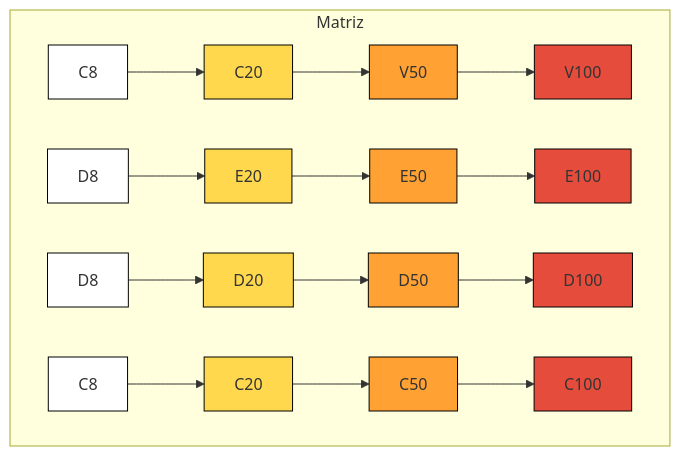
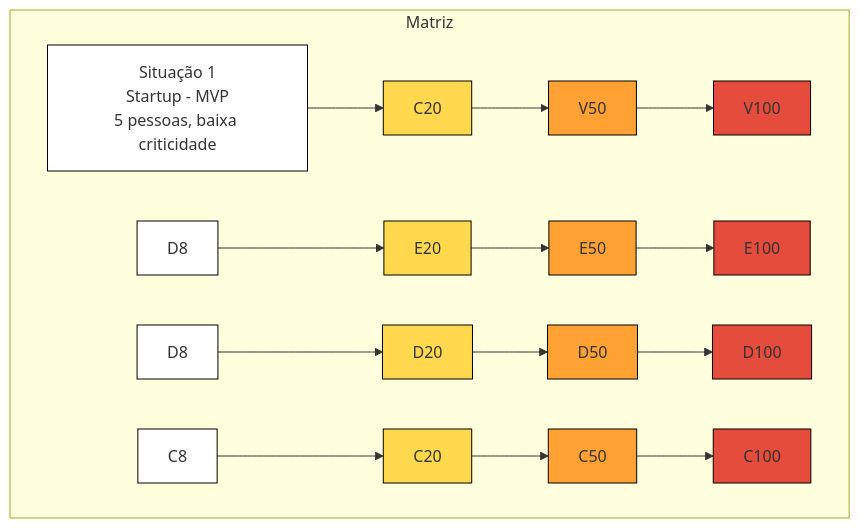
One commit to ramtrigodev/grafico_gant changed the fourth of 5 diagrams in README.md. Above: the diagram before and after it, drawn with Mermaid.

````diff
--- a/README.md
+++ b/README.md
@@ -44,16 +44,16 @@
 ```mermaid
 graph TD
     subgraph Matriz
-        A1["C8"]:::branco-->  A2["C20"]:::amarelo --> A3["V50"]:::laranja --> A4["V100"]:::vermelho
+        A1["Situação 1\nStartup - MVP\n5 pessoas, baixa criticidade"]:::branco-->  A2["C20"]:::amarelo --> A3["V50"]:::laranja --> A4["V100"]:::vermelho
         B1["D8"]:::branco --> B2["E20"]:::amarelo --> B3["E50"]:::laranja --> B4["E100"]:::vermelho
         C1["D8"]:::branco --> C2["D20"]:::amarelo --> C3["D50"]:::laranja --> C4["D100"]:::vermelho
         D1["C8"]:::branco-->  D2["C20"]:::amarelo --> D3["C50"]:::laranja --> D4["C100"]:::vermelho
     end
 
     classDef branco fill:#fff,stroke:#000,stroke-width:1px;
     classDef amarelo fill:#FFD84D,stroke:#000,stroke-width:1px;
     classDef laranja fill:#FFA233,stroke:#000,stroke-width:1px;
     classDef vermelho fill:#E64C3C,stroke:#000,stroke-width:1px;
 
 
 ```
````
